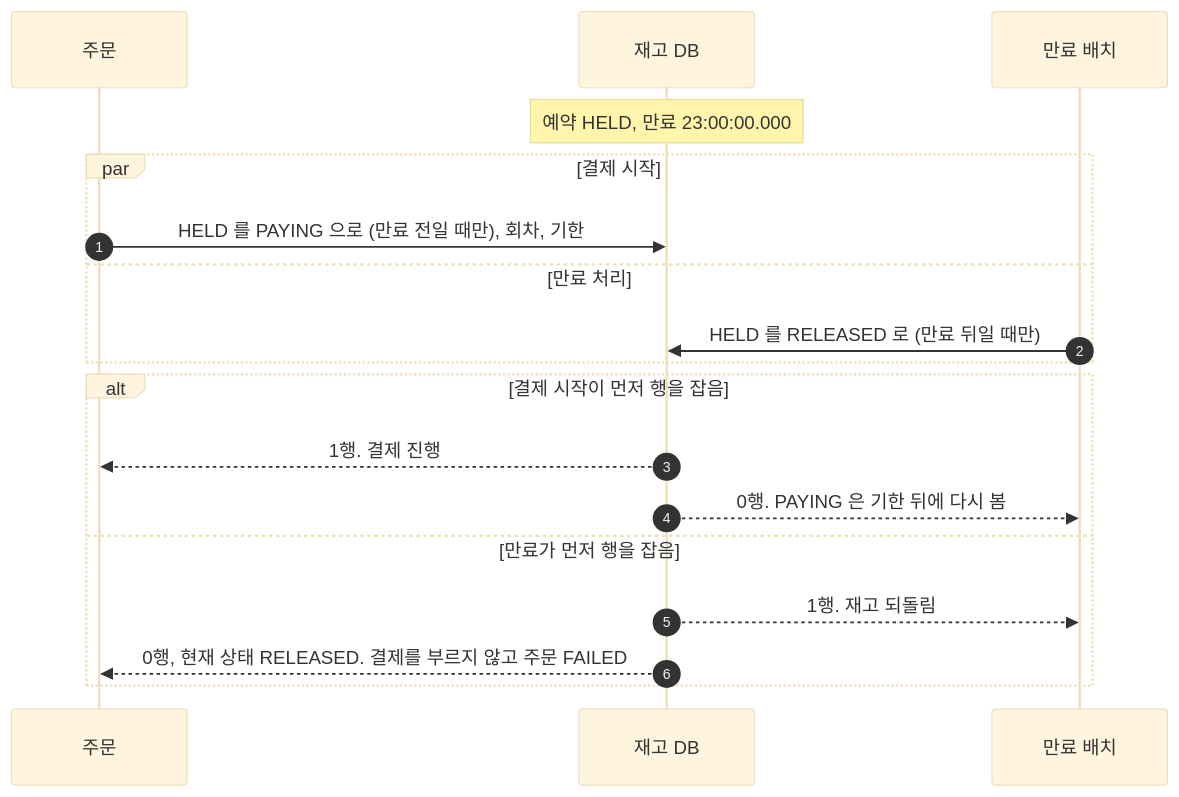
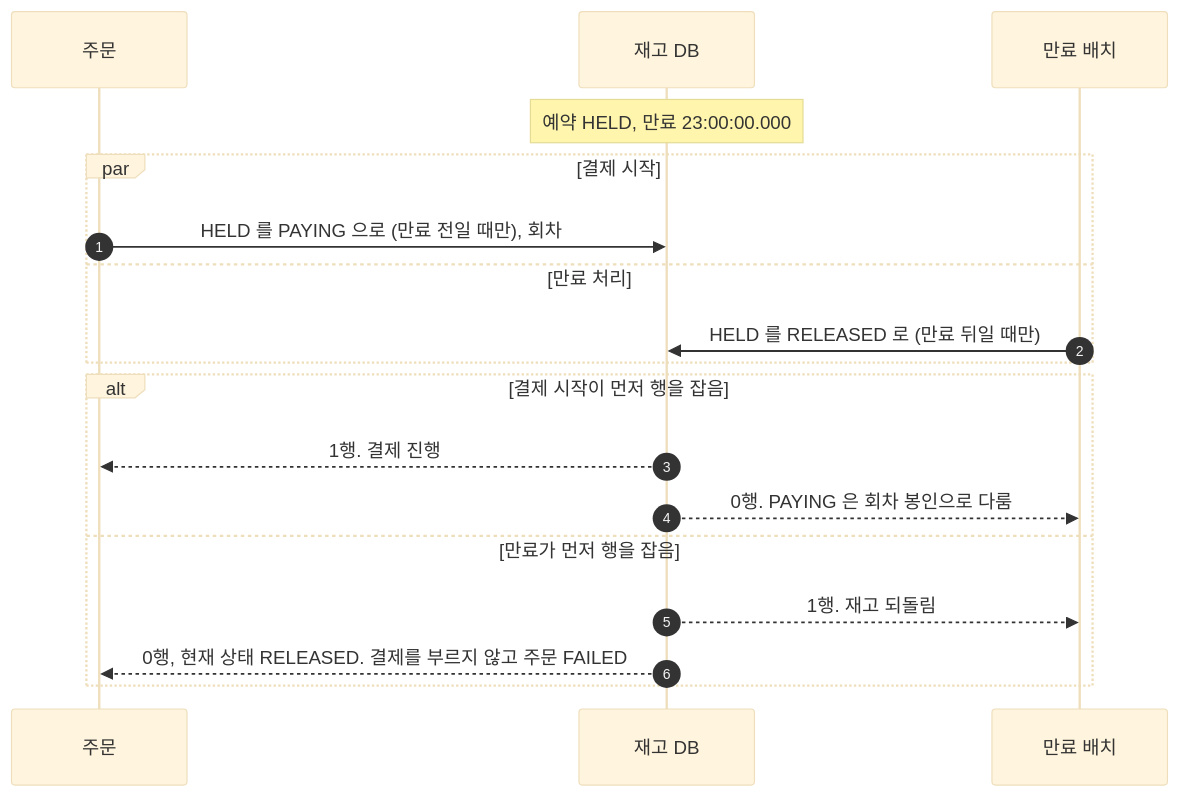
One commit to Bamdule/dawn-delivery-commerce changed the second of 5 diagrams in docs/sequence/02-재고.md. Above: the diagram before and after it, drawn with Mermaid (base theme). The commit also changed other lines of this file and 16 other files, not shown here.

````diff
--- a/docs/sequence/02-재고.md
+++ b/docs/sequence/02-재고.md
@@ -52,21 +52,21 @@
 ```mermaid
 sequenceDiagram
     autonumber
     participant 주문
     participant 재고 as 재고 DB
     participant 만료 as 만료 배치
 
     Note over 재고: 예약 HELD, 만료 23:00:00.000
     par 결제 시작
-        주문->>재고: HELD 를 PAYING 으로 (만료 전일 때만), 회차, 기한
+        주문->>재고: HELD 를 PAYING 으로 (만료 전일 때만), 회차
     and 만료 처리
         만료->>재고: HELD 를 RELEASED 로 (만료 뒤일 때만)
     end
     alt 결제 시작이 먼저 행을 잡음
         재고-->>주문: 1행. 결제 진행
-        재고-->>만료: 0행. PAYING 은 기한 뒤에 다시 봄
+        재고-->>만료: 0행. PAYING 은 회차 봉인으로 다룸
     else 만료가 먼저 행을 잡음
         재고-->>만료: 1행. 재고 되돌림
         재고-->>주문: 0행, 현재 상태 RELEASED. 결제를 부르지 않고 주문 FAILED
     end
 ```
````
